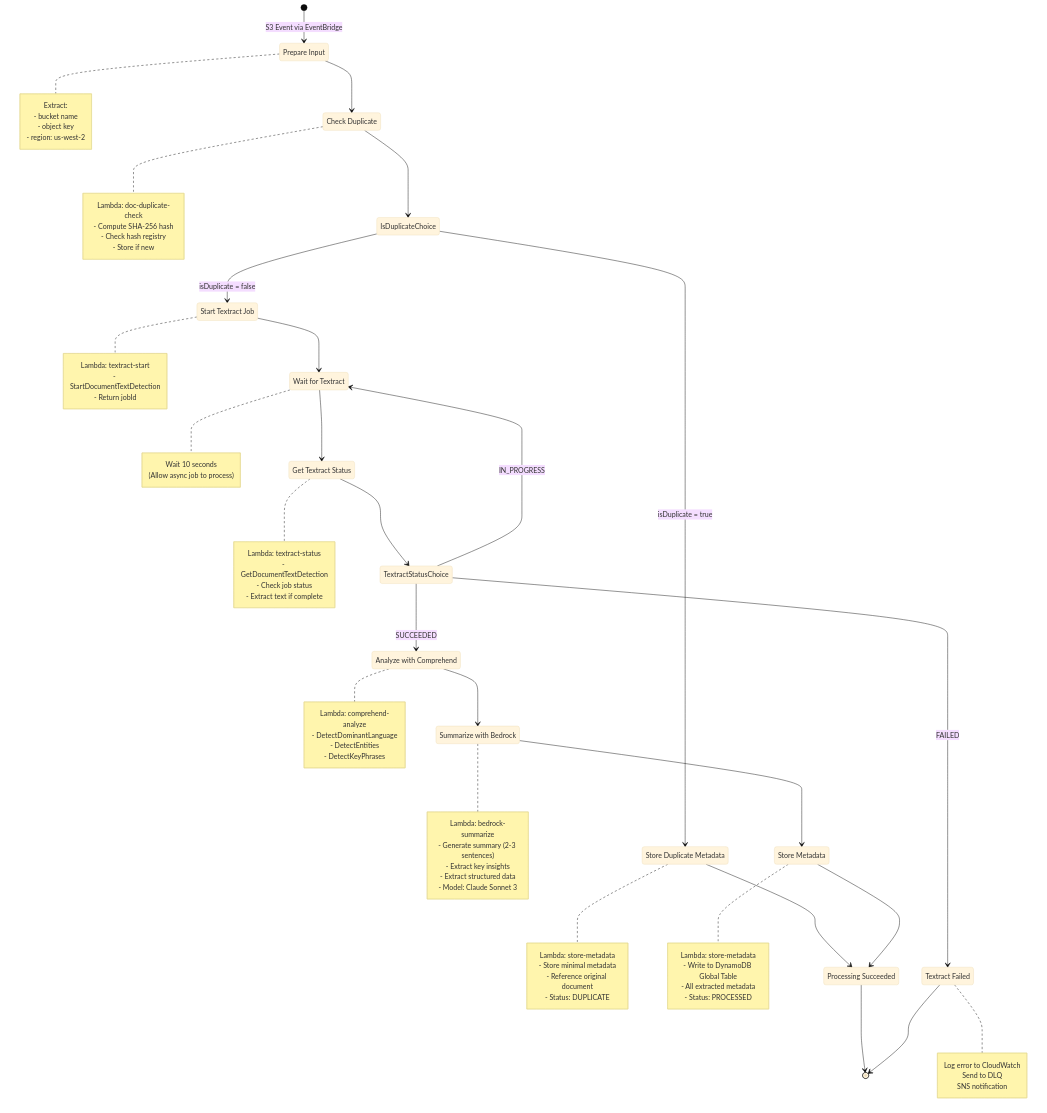
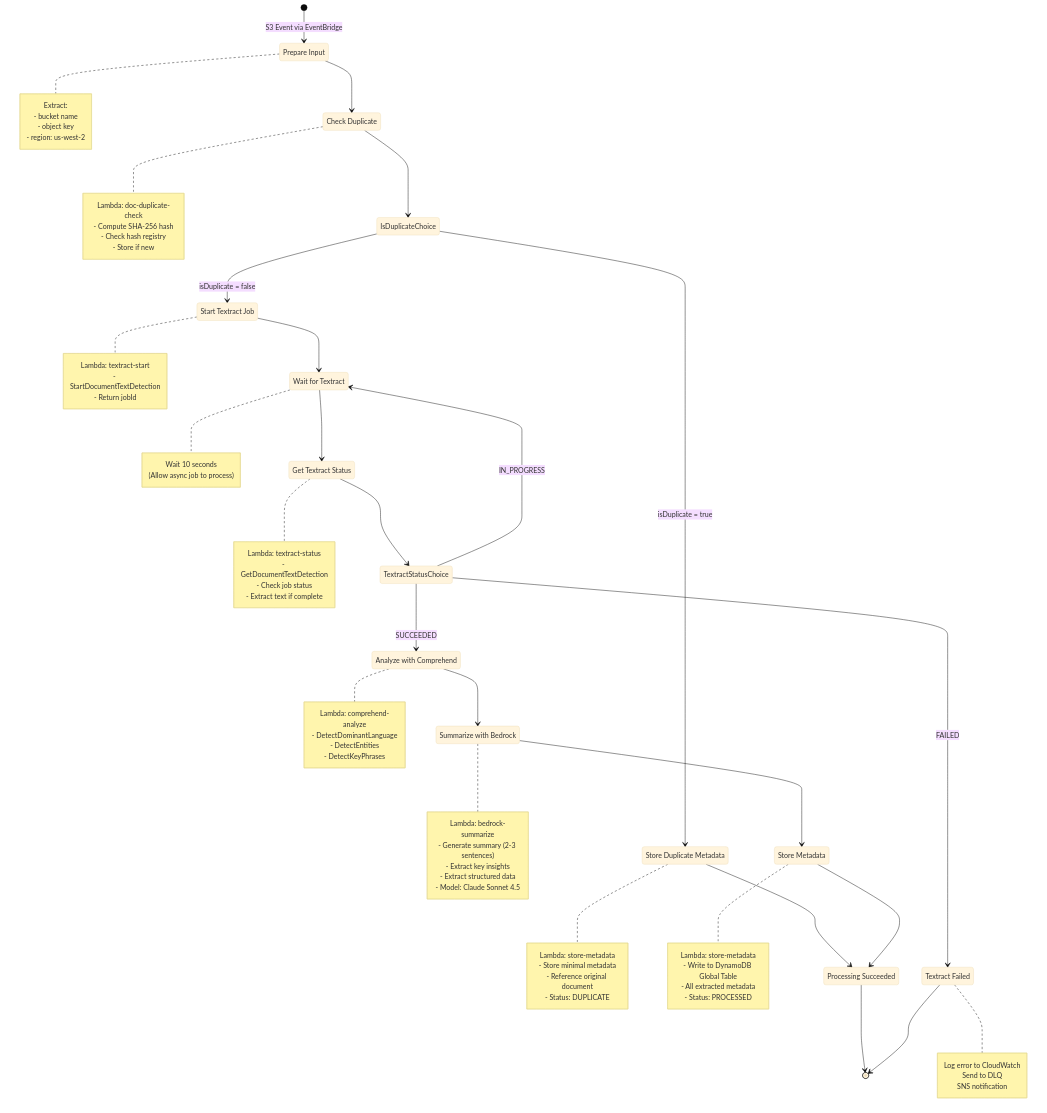
One commit to annabook21/IntelligentDoc_Processor changed the third of 13 diagrams in ARCHITECTURE.md. Above: the diagram before and after it, drawn with Mermaid (base theme). The commit also changed other lines of this file and 3 other files, not shown here.

First line of the commit message:
Fix: Correct Bedrock model to Claude Sonnet 4.5 (not Claude 3)

```diff
--- a/ARCHITECTURE.md
+++ b/ARCHITECTURE.md
@@ -352,7 +352,7 @@
         - Generate summary (2-3 sentences)
         - Extract key insights
         - Extract structured data
-        - Model: Claude Sonnet 3
+        - Model: Claude Sonnet 4.5
     end note
 
     SummarizeBedrock --> StoreMetadata
```
